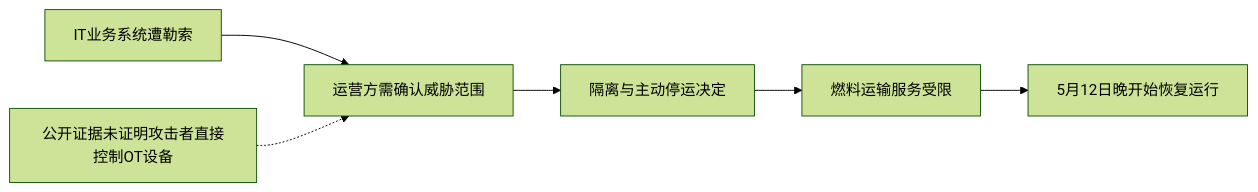
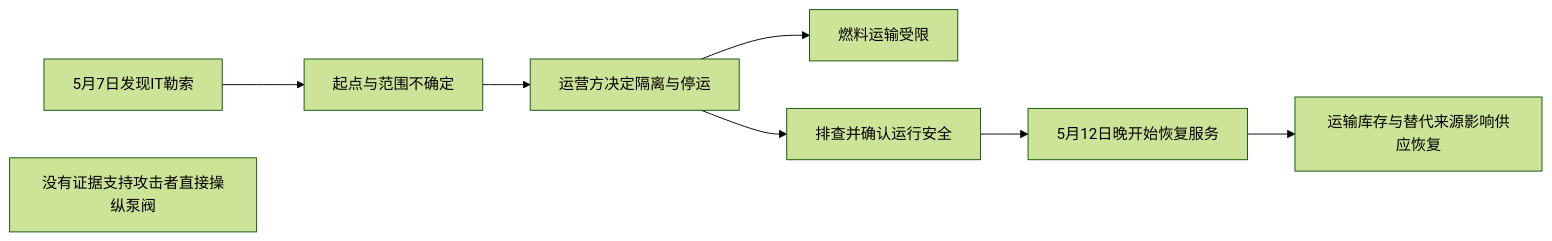
One commit to David-JayTao/Energy_Cybersecurity_Seminar changed the diagram in 02_刘酝潇_真实案例与影响传播/图表素材/P18.mmd. Above: the diagram before and after it, drawn with Mermaid (forest theme). The commit also changed 59 other files, not shown here.

```diff
--- a/02_刘酝潇_真实案例与影响传播/图表素材/P18.mmd
+++ b/02_刘酝潇_真实案例与影响传播/图表素材/P18.mmd
@@ -1,6 +1,8 @@
 flowchart LR
-  A["IT业务系统遭勒索"] --> B["运营方需确认威胁范围"]
-  B --> C["隔离与主动停运决定"]
-  C --> D["燃料运输服务受限"]
-  D --> E["5月12日晚开始恢复运行"]
-  U["公开证据未证明攻击者直接控制OT设备"] -.-> B
+A[5月7日发现IT勒索] --> B[起点与范围不确定]
+ B --> C[运营方决定隔离与停运]
+ C --> D[燃料运输受限]
+ C --> E[排查并确认运行安全]
+ E --> F[5月12日晚开始恢复服务]
+ F --> G[运输库存与替代来源影响供应恢复]
+ N[没有证据支持攻击者直接操纵泵阀]
```
